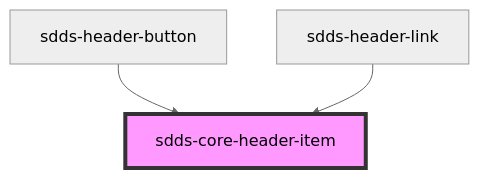
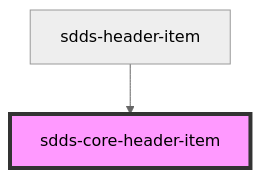
The diagram in tegel/src/components/header/webcomponent/core-header-item/readme.md (scania-digital-design-system/sdds), drawn with Mermaid (neutral theme) before and after one commit. The commit also changed other lines of this file and 44 other files, not shown here.

Commit message:
feat(sidemenu,header): remove -button and -link components and replace with -item

````diff
--- a/tegel/src/components/header/webcomponent/core-header-item/readme.md
+++ b/tegel/src/components/header/webcomponent/core-header-item/readme.md
@@ -16,6 +15,5 @@
 ```mermaid
 graph TD;
-  sdds-header-button --> sdds-core-header-item
-  sdds-header-link --> sdds-core-header-item
+  sdds-header-item --> sdds-core-header-item
   style sdds-core-header-item fill:#f9f,stroke:#333,stroke-width:4px
 ```
````
